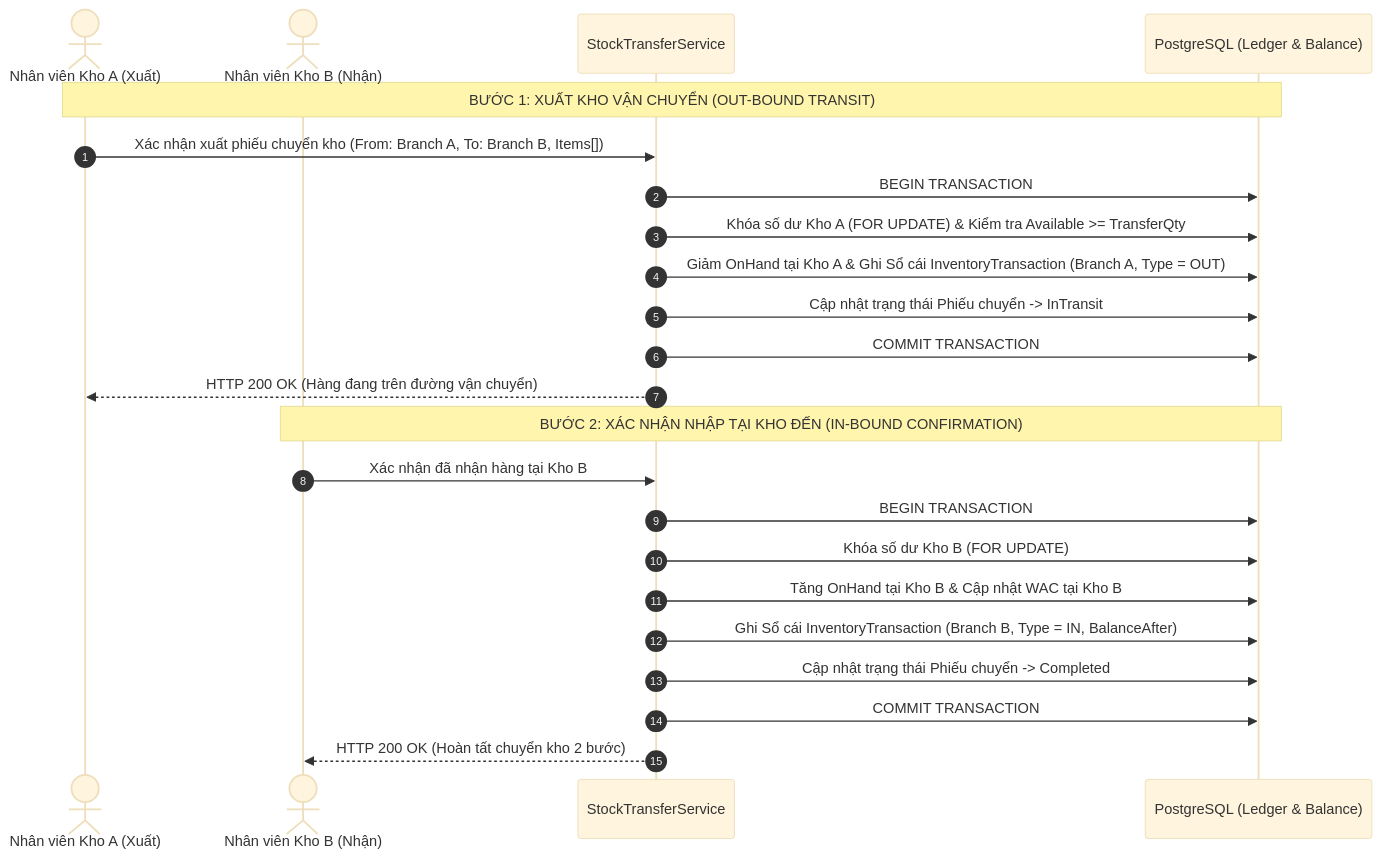
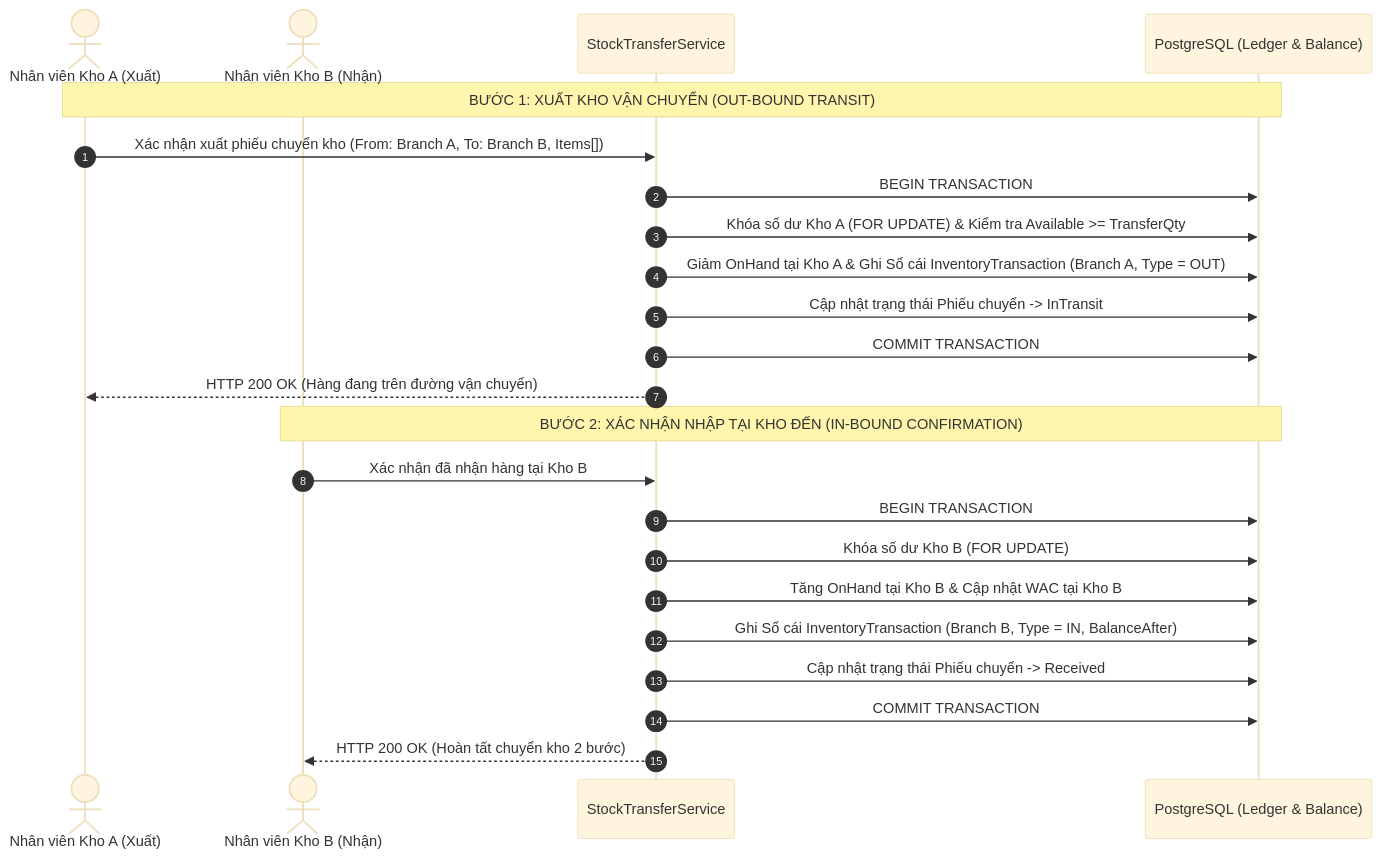
Before and after one commit to khoalvd839764-netizen/OISMS: the diagram in docs/04-architecture-and-design/sequence-diagrams/seq-warehouse-transfer.md, drawn with Mermaid (base theme). The commit also changed 64 other files, not shown here.

````diff
--- a/docs/04-architecture-and-design/sequence-diagrams/seq-warehouse-transfer.md
+++ b/docs/04-architecture-and-design/sequence-diagrams/seq-warehouse-transfer.md
@@ -23,27 +23,27 @@
 ```mermaid
 sequenceDiagram
     autonumber
     actor StaffA as Nhân viên Kho A (Xuất)
     actor StaffB as Nhân viên Kho B (Nhận)
     participant API as StockTransferService
     participant DB as PostgreSQL (Ledger & Balance)
 
     Note over StaffA, DB: BƯỚC 1: XUẤT KHO VẬN CHUYỂN (OUT-BOUND TRANSIT)
     StaffA->>API: Xác nhận xuất phiếu chuyển kho (From: Branch A, To: Branch B, Items[])
     API->>DB: BEGIN TRANSACTION
     API->>DB: Khóa số dư Kho A (FOR UPDATE) & Kiểm tra Available >= TransferQty
     API->>DB: Giảm OnHand tại Kho A & Ghi Sổ cái InventoryTransaction (Branch A, Type = OUT)
     API->>DB: Cập nhật trạng thái Phiếu chuyển -> InTransit
     API->>DB: COMMIT TRANSACTION
     API-->>StaffA: HTTP 200 OK (Hàng đang trên đường vận chuyển)
 
     Note over StaffB, DB: BƯỚC 2: XÁC NHẬN NHẬP TẠI KHO ĐẾN (IN-BOUND CONFIRMATION)
     StaffB->>API: Xác nhận đã nhận hàng tại Kho B
     API->>DB: BEGIN TRANSACTION
     API->>DB: Khóa số dư Kho B (FOR UPDATE)
     API->>DB: Tăng OnHand tại Kho B & Cập nhật WAC tại Kho B
     API->>DB: Ghi Sổ cái InventoryTransaction (Branch B, Type = IN, BalanceAfter)
-    API->>DB: Cập nhật trạng thái Phiếu chuyển -> Completed
+    API->>DB: Cập nhật trạng thái Phiếu chuyển -> Received
     API->>DB: COMMIT TRANSACTION
     API-->>StaffB: HTTP 200 OK (Hoàn tất chuyển kho 2 bước)
 ```
````
